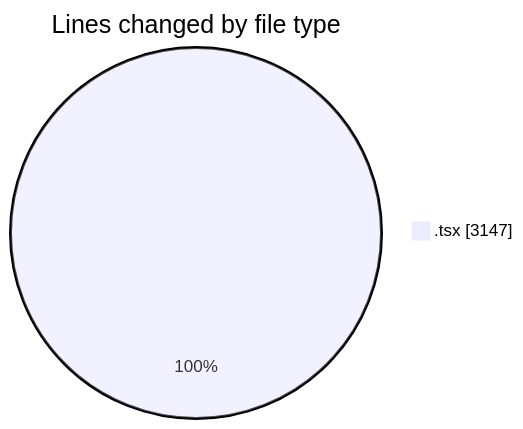
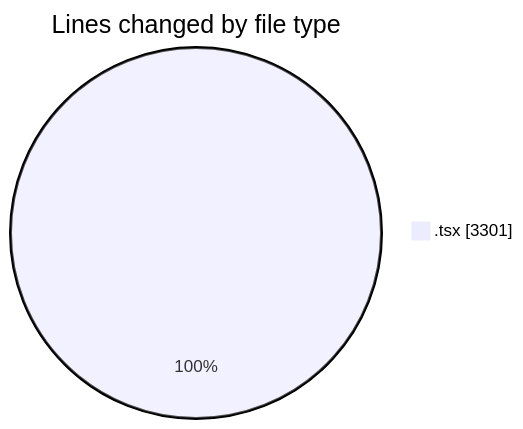
Before and after one commit to nxtqubesakshisongat/code-tracking: the first of 2 diagrams in 2026-06-24/nxtqube_webapp/README.md, drawn with Mermaid. The commit also changed other lines of this file and 1 other file, not shown here.

````diff
--- a/2026-06-24/nxtqube_webapp/README.md
+++ b/2026-06-24/nxtqube_webapp/README.md
@@ -23,5 +23,5 @@
 ```mermaid
 pie showData
 title Lines changed by file type
-".tsx" : 3147
+".tsx" : 3301
 ```
````
